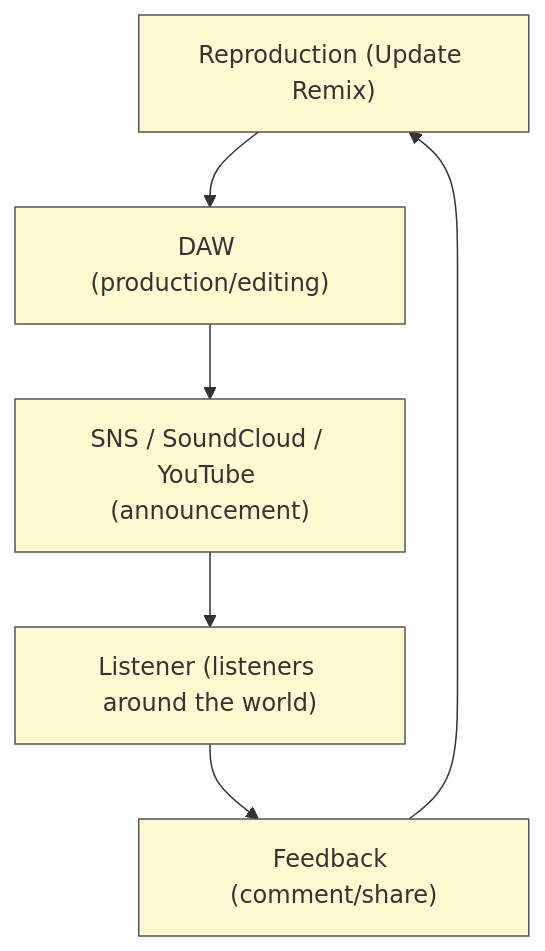
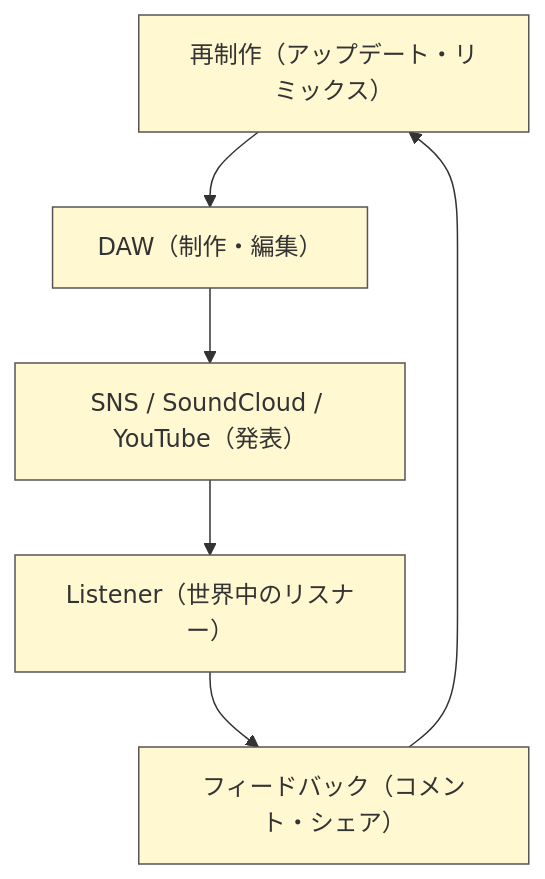
One commit to monumental-movement/monumental-movement.github.io changed the first of 2 diagrams in en/_posts/2025-10-23-column-bedroom-producer-era.md. Above: the diagram before and after it, drawn with Mermaid. The commit also changed other lines of this file and 1701 other files, not shown here.

```diff
--- a/en/_posts/2025-10-23-column-bedroom-producer-era.md
+++ b/en/_posts/2025-10-23-column-bedroom-producer-era.md
@@ -137,12 +134,11 @@
 <div class="mermaid">
 
 flowchart TD
-A["Bedroom (personal space)"] --> B["DAW (production/editing)"]
-B --> C["SNS / SoundCloud / YouTube (announcement)"]
-C --> D["Listener (listeners around the world)"]
-D --> E["Feedback (comment/share)"]
-E --> A["Reproduction (Update Remix)"]
-classDef default fill:#fff8d1,stroke:#555,color:#333;
-
+    A["Bedroom（個人空間）"] --> B["DAW（制作・編集）"]
+    B --> C["SNS / SoundCloud / YouTube（発表）"]
+    C --> D["Listener（世界中のリスナー）"]
+    D --> E["フィードバック（コメント・シェア）"]
+    E --> A["再制作（アップデート・リミックス）"]
+    classDef default fill:#fff8d1,stroke:#555,color:#333;
 
 </div>
```
